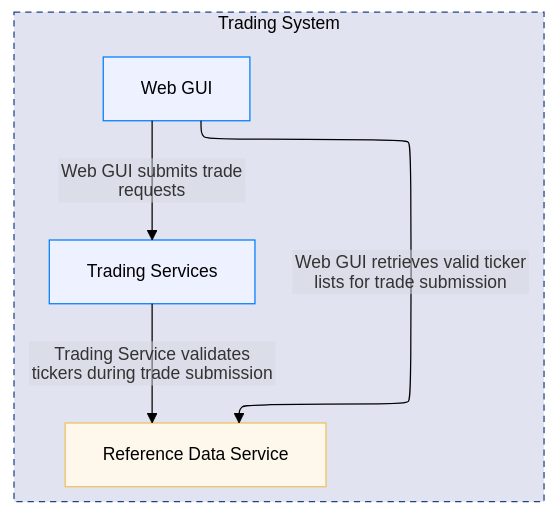
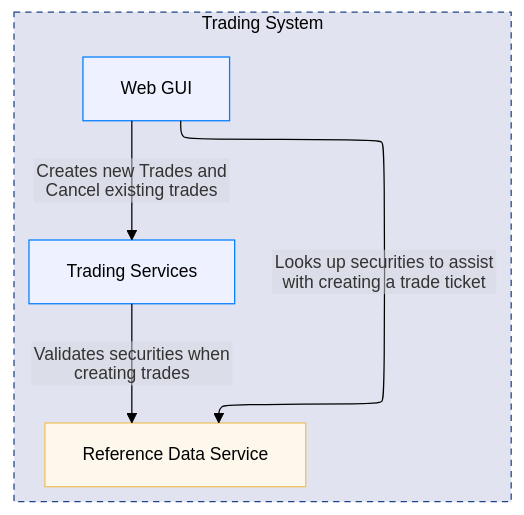
The second of 5 diagrams in docs/calm/trading-system-overview.md (finos/traderX), drawn with Mermaid before and after one commit. The commit also changed other lines of this file and 1 other file, not shown here.

````diff
--- a/docs/calm/trading-system-overview.md
+++ b/docs/calm/trading-system-overview.md
@@ -64,35 +64,35 @@
 ```mermaid
 ---
 config:
   theme: base
   themeVariables:
     fontFamily: -apple-system, BlinkMacSystemFont, 'Segoe WPC', 'Segoe UI', system-ui, 'Ubuntu', sans-serif
     darkMode: false
     fontSize: 14px
     edgeLabelBackground: '#d5d7e1'
     lineColor: '#000000'
 ---
 %%{init: {"layout": "elk", "flowchart": {"htmlLabels": false}}}%%
 flowchart TB
 classDef boundary fill:#e1e4f0,stroke:#204485,stroke-dasharray: 5 4,stroke-width:1px,color:#000000;
 classDef node fill:#eef1ff,stroke:#007dff,stroke-width:1px,color:#000000;
 classDef iface fill:#f0f0f0,stroke:#b6b6b6,stroke-width:1px,font-size:10px,color:#000000;
 classDef highlight fill:#fdf7ec,stroke:#f0c060,stroke-width:1px,color:#000000;
 
         subgraph trading-system["Trading System"]
         direction TB
             reference-data-service["Reference Data Service"]:::node
             trading-services["Trading Services"]:::node
             web-gui["Web GUI"]:::node
         end
         class trading-system boundary
 
 
-    web-gui -->|Web GUI retrieves valid ticker lists for trade submission| reference-data-service
-    web-gui -->|Web GUI submits trade requests| trading-services
-    trading-services -->|Trading Service validates tickers during trade submission| reference-data-service
+    web-gui -->|Looks up securities to assist with creating a trade ticket| reference-data-service
+    web-gui -->|Creates new Trades and Cancel existing trades| trading-services
+    trading-services -->|Validates securities when creating trades| reference-data-service
 
 
     class reference-data-service highlight
 
 ```
````
